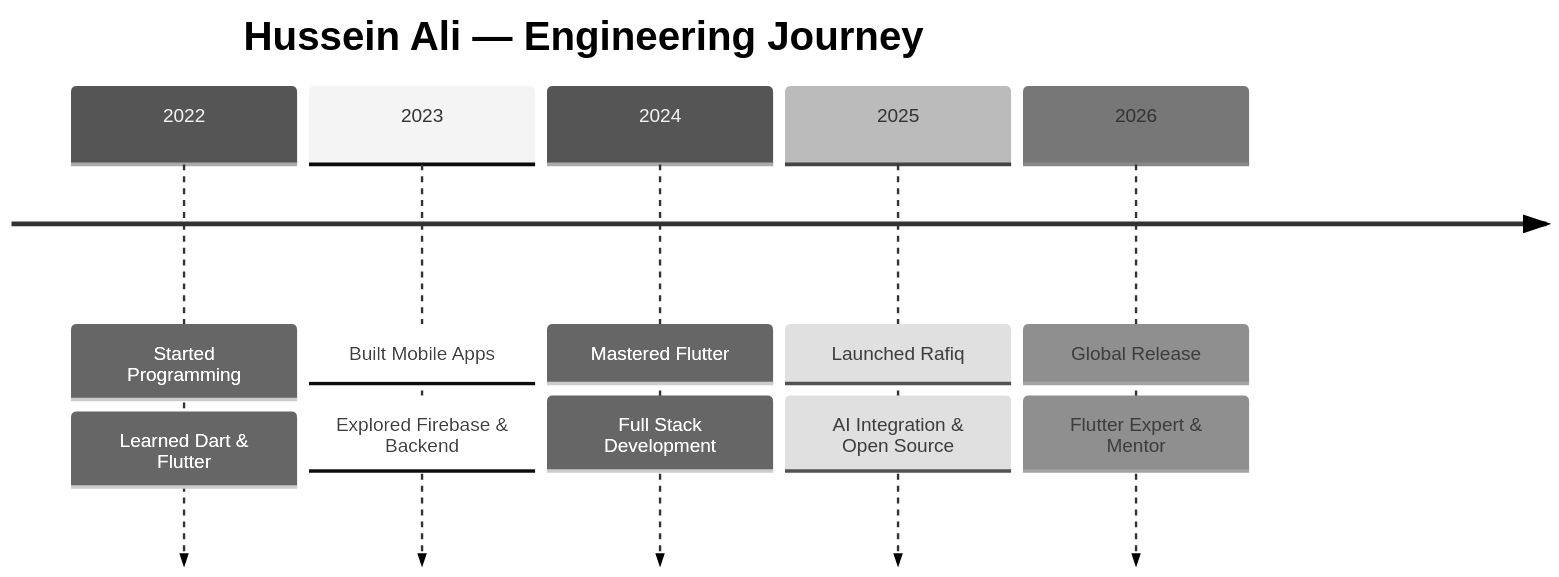
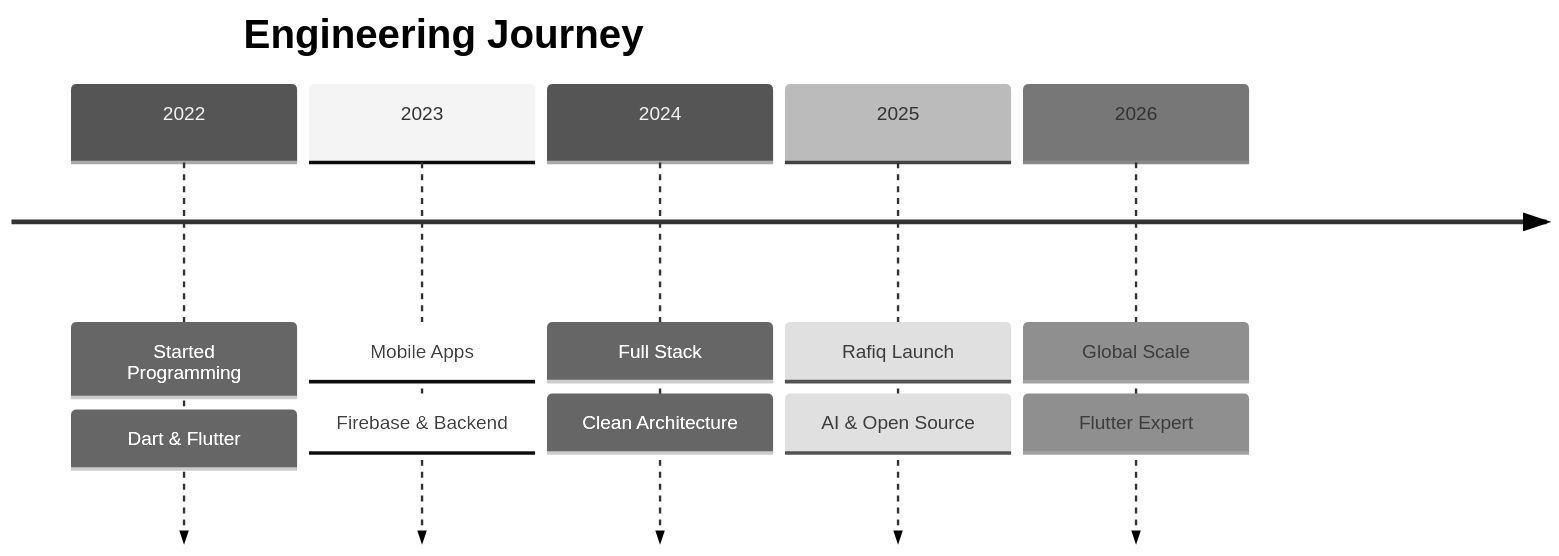
Before and after one commit to xdc7-css/xdc7-css: the diagram in README.md, drawn with Mermaid (neutral theme). The commit also changed other lines of this file, not shown here.

````diff
--- a/README.md
+++ b/README.md
@@ -396,9 +371,9 @@
 ```mermaid
 timeline
-    title Hussein Ali — Engineering Journey
-    2022 : Started Programming : Learned Dart & Flutter
-    2023 : Built Mobile Apps : Explored Firebase & Backend
-    2024 : Mastered Flutter : Full Stack Development
-    2025 : Launched Rafiq : AI Integration & Open Source
-    2026 : Global Release : Flutter Expert & Mentor
+    title Engineering Journey
+    2022 : Started Programming : Dart & Flutter
+    2023 : Mobile Apps : Firebase & Backend
+    2024 : Full Stack : Clean Architecture
+    2025 : Rafiq Launch : AI & Open Source
+    2026 : Global Scale : Flutter Expert
 ```
````
